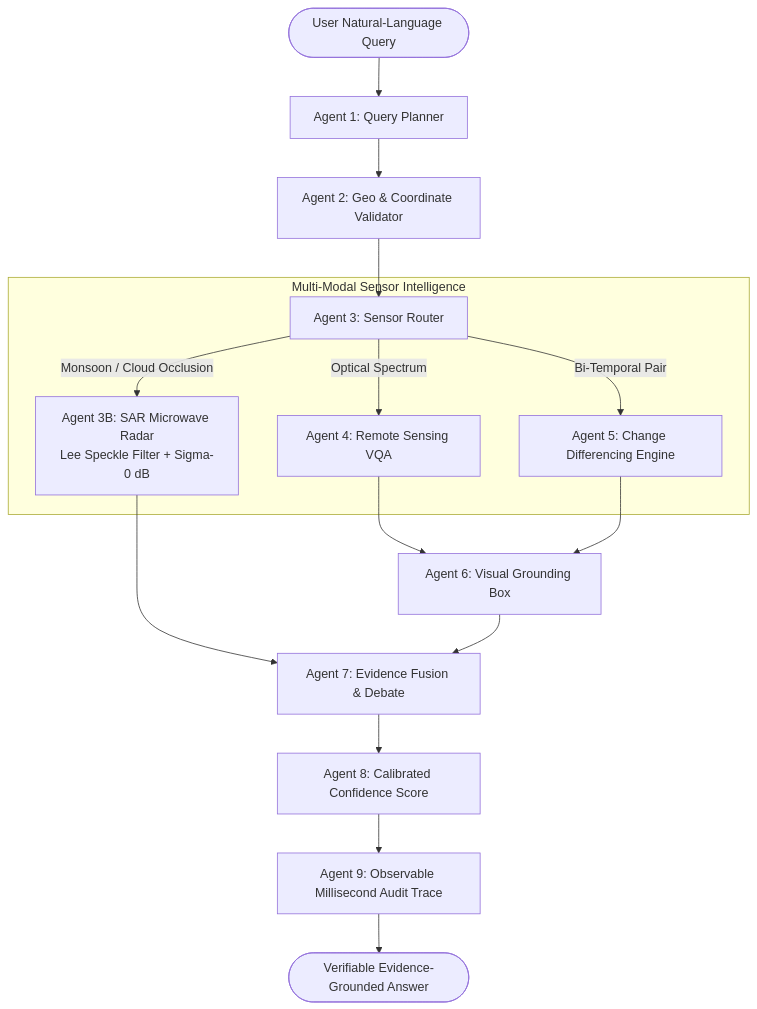
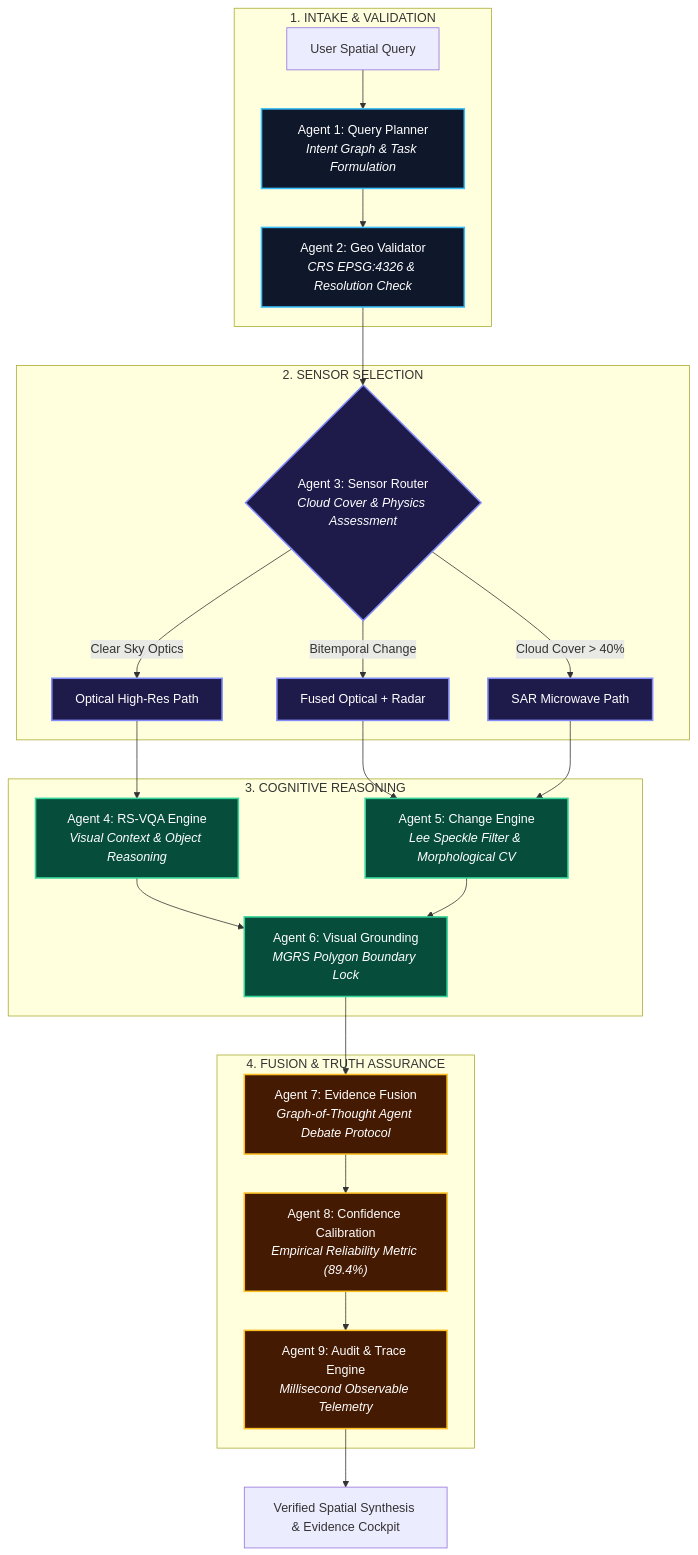
One commit to 8ernity/Satquery-Ai changed the diagram in README.md. Above: the diagram before and after it, drawn with Mermaid. The commit also changed other lines of this file, not shown here.

Commit message:
docs: add 3D architecture topologies, Mermaid deliberation graph, stack breakdown, and API keys matrix

````diff
--- a/README.md
+++ b/README.md
@@ -67,21 +140,40 @@
 ```mermaid
-graph TD
-    User([User Natural-Language Query]) --> A1[Agent 1: Query Planner]
-    A1 --> A2[Agent 2: Geo & Coordinate Validator]
-    A2 --> A3[Agent 3: Sensor Router]
-    
-    subgraph Multi-Modal Sensor Intelligence
-        A3 -->|Optical Spectrum| A4[Agent 4: Remote Sensing VQA]
-        A3 -->|Bi-Temporal Pair| A5[Agent 5: Change Differencing Engine]
-        A3 -->|Monsoon / Cloud Occlusion| SAR[Agent 3B: SAR Microwave Radar<br/>Lee Speckle Filter + Sigma-0 dB]
+flowchart TD
+    subgraph INTAKE["1. INTAKE & VALIDATION"]
+        Q["User Spatial Query"] --> A1["Agent 1: Query Planner<br/><i>Intent Graph & Task Formulation</i>"]
+        A1 --> A2["Agent 2: Geo Validator<br/><i>CRS EPSG:4326 & Resolution Check</i>"]
     end
-    
-    A4 --> A6[Agent 6: Visual Grounding Box]
-    A5 --> A6
-    SAR --> A7[Agent 7: Evidence Fusion & Debate]
-    A6 --> A7
-    
-    A7 --> A8[Agent 8: Calibrated Confidence Score]
-    A8 --> A9[Agent 9: Observable Millisecond Audit Trace]
-    A9 --> Output([Verifiable Evidence-Grounded Answer])
+
+    subgraph ROUTING["2. SENSOR SELECTION"]
+        A2 --> A3{"Agent 3: Sensor Router<br/><i>Cloud Cover & Physics Assessment</i>"}
+        A3 -->|Cloud Cover > 40%| SAR_ROUTE["SAR Microwave Path"]
+        A3 -->|Clear Sky Optics| OPT_ROUTE["Optical High-Res Path"]
+        A3 -->|Bitemporal Change| DUAL_ROUTE["Fused Optical + Radar"]
+    end
+
+    subgraph ANALYSIS["3. COGNITIVE REASONING"]
+        OPT_ROUTE --> A4["Agent 4: RS-VQA Engine<br/><i>Visual Context & Object Reasoning</i>"]
+        DUAL_ROUTE --> A5["Agent 5: Change Engine<br/><i>Lee Speckle Filter & Morphological CV</i>"]
+        SAR_ROUTE --> A5
+        A4 --> A6["Agent 6: Visual Grounding<br/><i>MGRS Polygon Boundary Lock</i>"]
+        A5 --> A6
+    end
+
+    subgraph CONSENSUS["4. FUSION & TRUTH ASSURANCE"]
+        A6 --> A7["Agent 7: Evidence Fusion<br/><i>Graph-of-Thought Agent Debate Protocol</i>"]
+        A7 --> A8["Agent 8: Confidence Calibration<br/><i>Empirical Reliability Metric (89.4%)</i>"]
+        A8 --> A9["Agent 9: Audit & Trace Engine<br/><i>Millisecond Observable Telemetry</i>"]
+    end
+
+    A9 --> OUT["Verified Spatial Synthesis & Evidence Cockpit"]
+
+    classDef intake fill:#0f172a,stroke:#38bdf8,stroke-width:2px,color:#fff;
+    classDef routing fill:#1e1b4b,stroke:#818cf8,stroke-width:2px,color:#fff;
+    classDef analysis fill:#064e3b,stroke:#34d399,stroke-width:2px,color:#fff;
+    classDef consensus fill:#451a03,stroke:#fbbf24,stroke-width:2px,color:#fff;
+
+    class A1,A2 intake;
+    class A3,SAR_ROUTE,OPT_ROUTE,DUAL_ROUTE routing;
+    class A4,A5,A6 analysis;
+    class A7,A8,A9 consensus;
 ```
````
